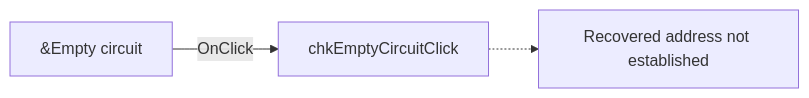
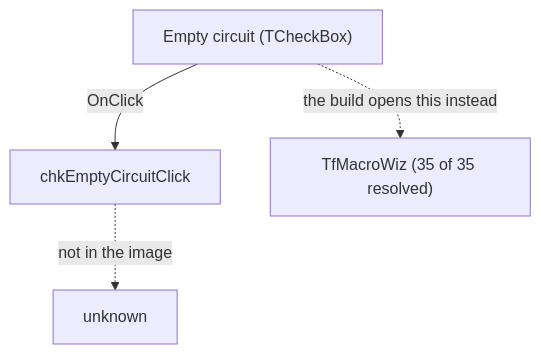
One commit to MovGP0/TIARA changed the diagram in docs/ui-controls/newmacrocompform/chkemptycircuit-45c73aa7c5.md. Above: the diagram before and after it, drawn with Mermaid. The commit also changed other lines of this file and 106 other files, not shown here.

````diff
--- a/docs/ui-controls/newmacrocompform/chkemptycircuit-45c73aa7c5.md
+++ b/docs/ui-controls/newmacrocompform/chkemptycircuit-45c73aa7c5.md
@@ -27,5 +31,6 @@
 ```mermaid
-flowchart LR
-    control["&Empty circuit"] -->|OnClick| handler["chkEmptyCircuitClick"]
-    handler -.-> unresolved["Recovered address not established"]
+flowchart TD
+    control["Empty circuit (TCheckBox)"] -->|"OnClick"| handler["chkEmptyCircuitClick"]
+    handler -.->|"not in the image"| gone["unknown"]
+    control -.->|"the build opens this instead"| modern["TfMacroWiz (35 of 35 resolved)"]
 ```
````
